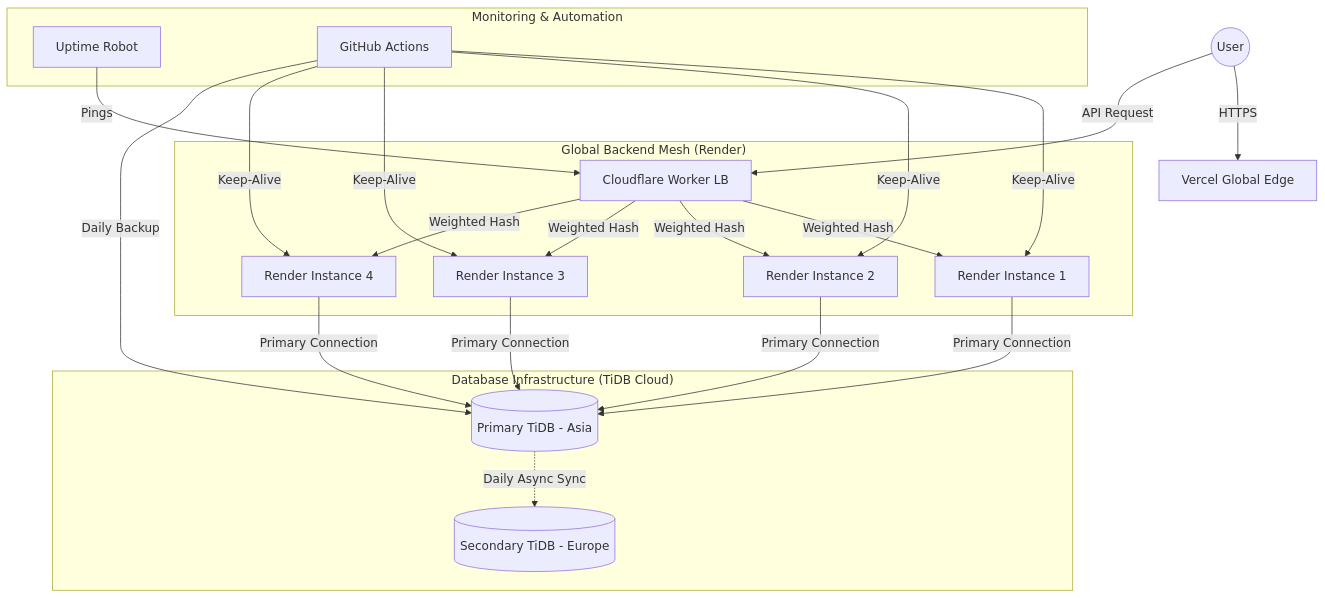
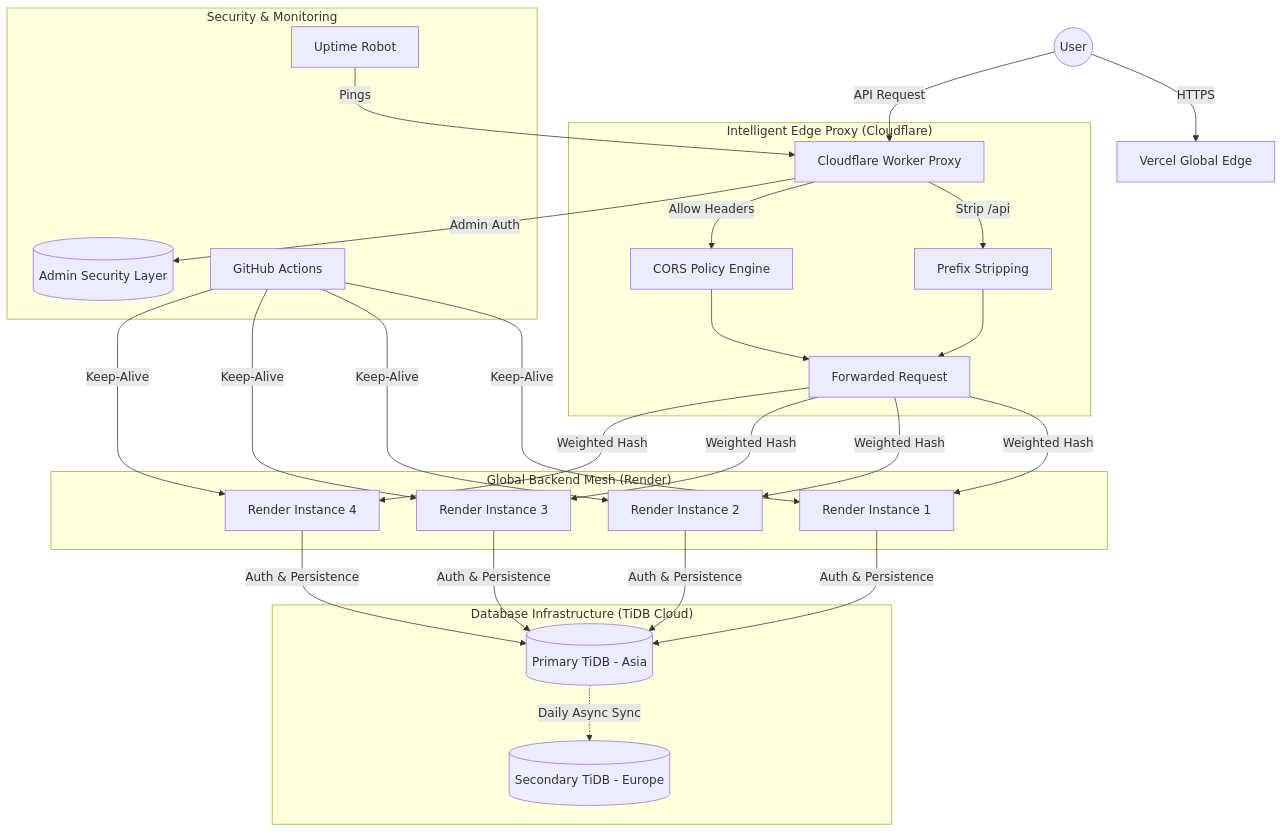
One commit to raviattrash-pro/thinkswipe changed the first of 3 diagrams in README.md. Above: the diagram before and after it, drawn with Mermaid. The commit also changed other lines of this file, not shown here.

````diff
--- a/README.md
+++ b/README.md
@@ -15,23 +15,29 @@
 ```mermaid
 graph TD
     User((User)) -->|HTTPS| Frontend[Vercel Global Edge]
-    User -->|API Request| LB[Cloudflare Worker LB]
+    User -->|API Request| LB[Cloudflare Worker Proxy]
+    
+    subgraph "Intelligent Edge Proxy (Cloudflare)"
+        LB -->|Strip /api| P1[Prefix Stripping]
+        LB -->|Allow Headers| P2[CORS Policy Engine]
+        P1 & P2 --> Proxy[Forwarded Request]
+    end
     
     subgraph "Global Backend Mesh (Render)"
-        LB -->|Weighted Hash| R1[Render Instance 1]
-        LB -->|Weighted Hash| R2[Render Instance 2]
-        LB -->|Weighted Hash| R3[Render Instance 3]
-        LB -->|Weighted Hash| R4[Render Instance 4]
+        Proxy -->|Weighted Hash| R1[Render Instance 1]
+        Proxy -->|Weighted Hash| R2[Render Instance 2]
+        Proxy -->|Weighted Hash| R3[Render Instance 3]
+        Proxy -->|Weighted Hash| R4[Render Instance 4]
     end
     
     subgraph "Database Infrastructure (TiDB Cloud)"
-        R1 & R2 & R3 & R4 -->|Primary Connection| P_DB[(Primary TiDB - Asia)]
+        R1 & R2 & R3 & R4 -->|Auth & Persistence| P_DB[(Primary TiDB - Asia)]
         P_DB -.->|Daily Async Sync| S_DB[(Secondary TiDB - Europe)]
     end
     
-    subgraph "Monitoring & Automation"
+    subgraph "Security & Monitoring"
+        LB -->|Admin Auth| Admin[(Admin Security Layer)]
         Health[Uptime Robot] -->|Pings| LB
         GH[GitHub Actions] -->|Keep-Alive| R1 & R2 & R3 & R4
-        GH -->|Daily Backup| P_DB
     end
 ```
````
